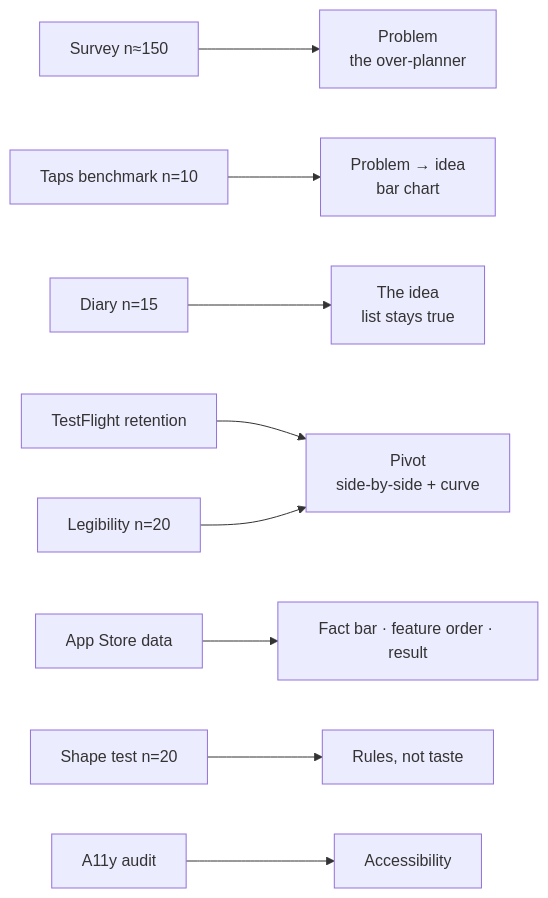
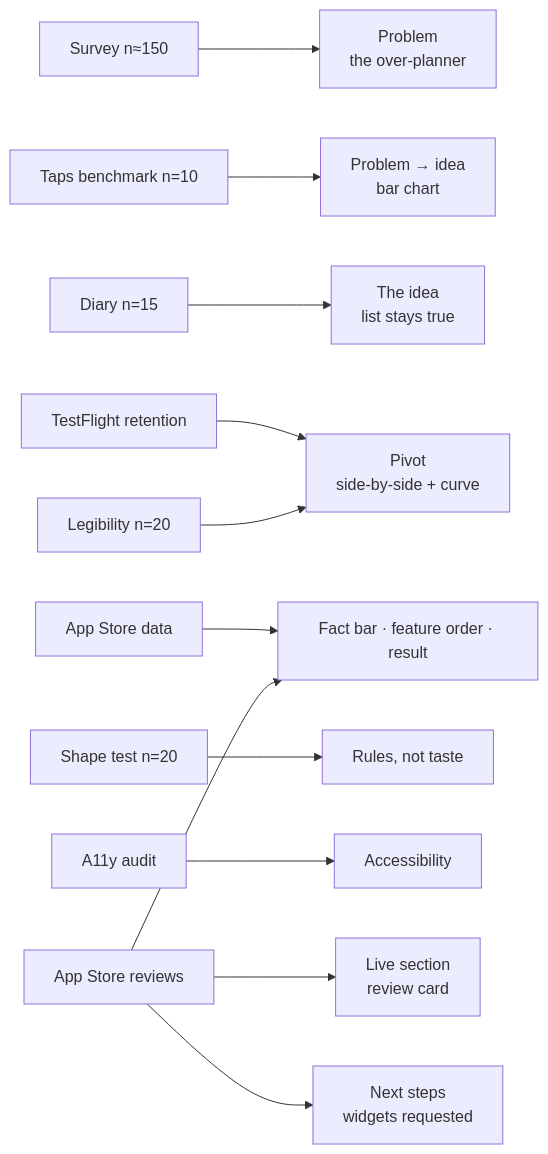
One commit to lucasmaher-hash/3d_Portfolio changed the second of 2 diagrams in tomorrow-casestudy-plan.md. Above: the diagram before and after it, drawn with Mermaid. The commit also changed other lines of this file, not shown here.

Commit message:
Let real App Store reviews carry the result section

````diff
--- a/tomorrow-casestudy-plan.md
+++ b/tomorrow-casestudy-plan.md
@@ -166,11 +189,14 @@
 ```mermaid
 flowchart LR
     S1["Survey n≈150"] --> P["Problem<br/>the over-planner"]
     S2["Taps benchmark n=10"] --> P2["Problem → idea<br/>bar chart"]
     S3["Diary n=15"] --> I["The idea<br/>list stays true"]
     S4["TestFlight retention"] --> PV["Pivot<br/>side-by-side + curve"]
     S5["Legibility n=20"] --> PV
     S6["App Store data"] --> F["Fact bar · feature order · result"]
     S7["Shape test n=20"] --> DS["Rules, not taste"]
     S8["A11y audit"] --> A["Accessibility"]
+    S9["App Store reviews"] --> F
+    S9 --> L["Live section<br/>review card"]
+    S9 --> N["Next steps<br/>widgets requested"]
 ```
````
